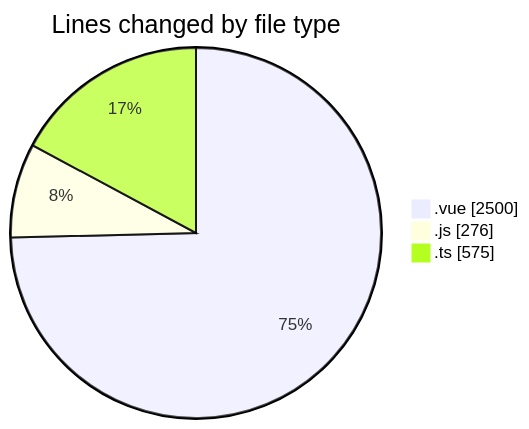
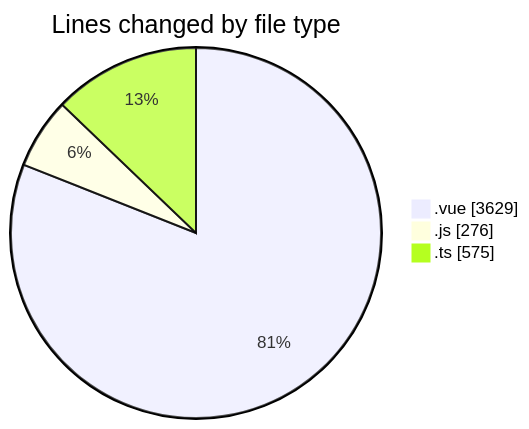
Before and after one commit to lephambinh05/code-tracking: the first of 2 diagrams in 2025-08-12/rentotp/README.md, drawn with Mermaid. The commit also changed other lines of this file and 1 other file, not shown here.

````diff
--- a/2025-08-12/rentotp/README.md
+++ b/2025-08-12/rentotp/README.md
@@ -32,7 +34,7 @@
 ```mermaid
 pie showData
 title Lines changed by file type
-".vue" : 2500
+".vue" : 3629
 ".js" : 276
 ".ts" : 575
 ```
````
